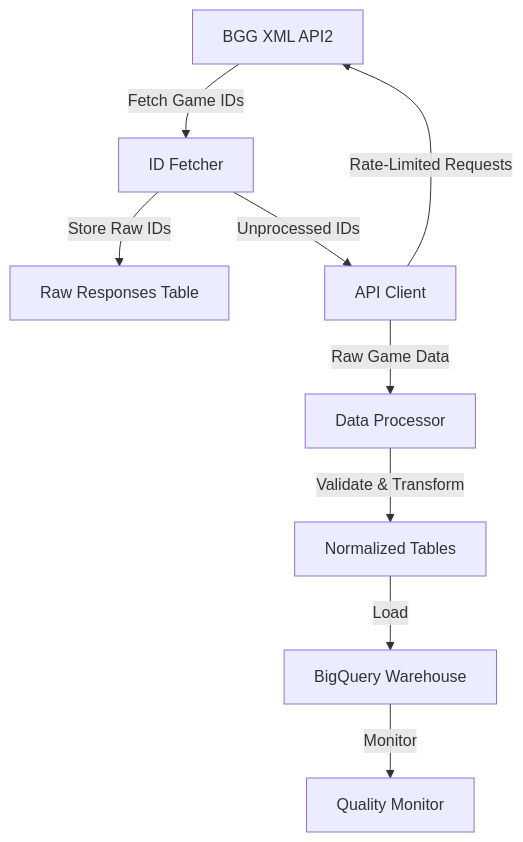
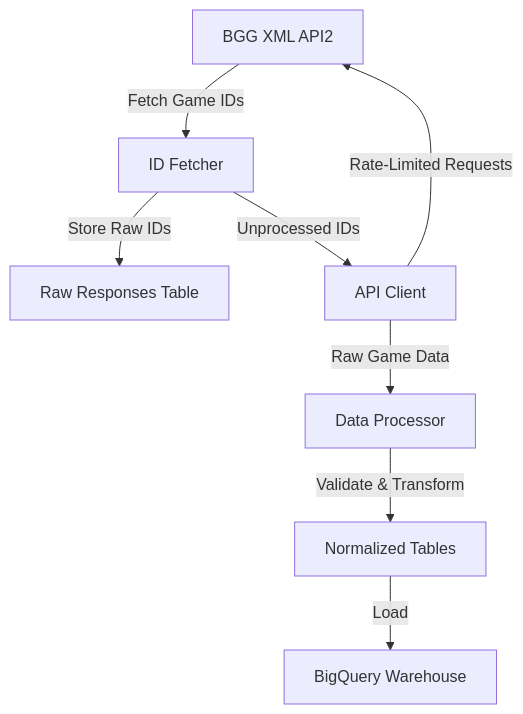
Before and after one commit to phenrickson/bgg-data-warehouse: the diagram in README.md, drawn with Mermaid. The commit also changed other lines of this file, not shown here.

````diff
--- a/README.md
+++ b/README.md
@@ -41,11 +64,10 @@
 ```mermaid
 graph TD
     A[BGG XML API2] -->|Fetch Game IDs| B[ID Fetcher]
     B -->|Store Raw IDs| C[Raw Responses Table]
     B -->|Unprocessed IDs| D[API Client]
     D -->|Rate-Limited Requests| A
     D -->|Raw Game Data| E[Data Processor]
     E -->|Validate & Transform| F[Normalized Tables]
     F -->|Load| G[BigQuery Warehouse]
-    G -->|Monitor| H[Quality Monitor]
 ```
````
